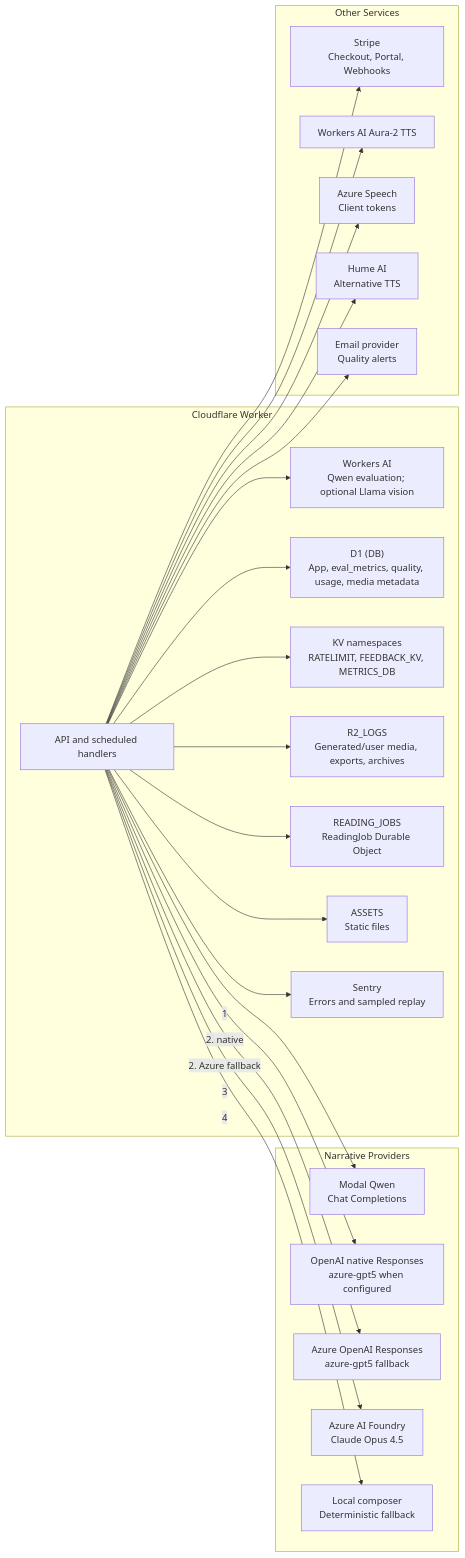
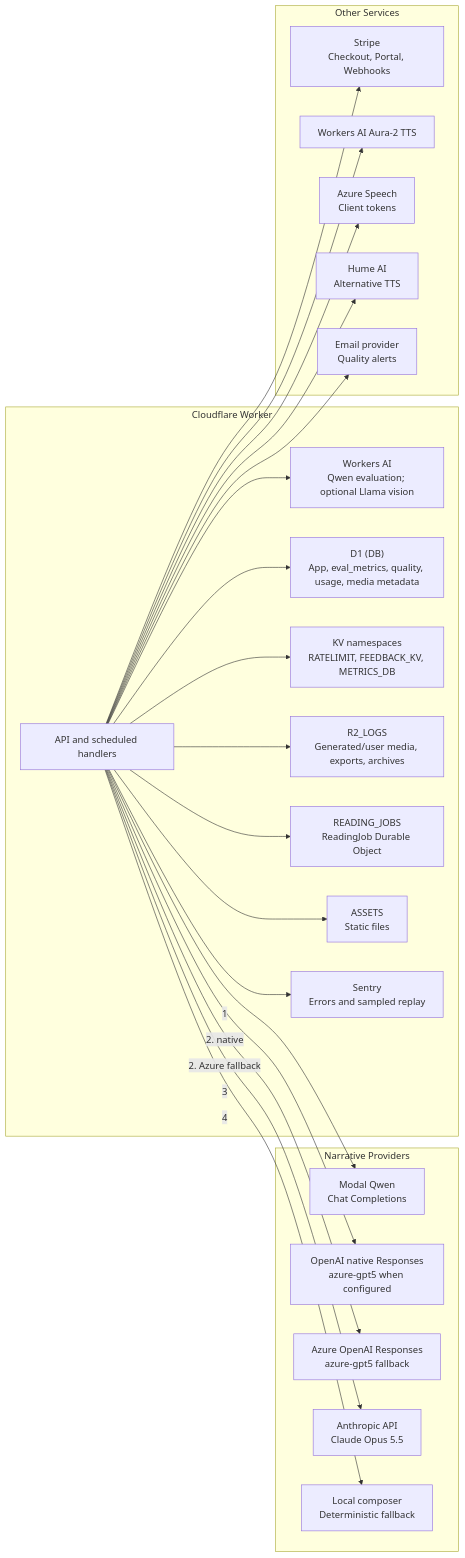
One commit to henryperkins/tarot changed diagram 16 of 17 in docs/architecture/full-system-diagrams.md. Above: the diagram before and after it, drawn with Mermaid. The commit also changed other lines of this file and 34 other files, not shown here.

First line of the commit message:
feat: serve readings and text from Claude Opus 5.5 through the Anthropic API

````diff
--- a/docs/architecture/full-system-diagrams.md
+++ b/docs/architecture/full-system-diagrams.md
@@ -737,47 +737,47 @@
 ```mermaid
 graph LR
     subgraph NarrativeProviders["Narrative Providers"]
         Modal["Modal Qwen<br/>Chat Completions"]
         OpenAI["OpenAI native Responses<br/>azure-gpt5 when configured"]
         Azure["Azure OpenAI Responses<br/>azure-gpt5 fallback"]
-        Claude["Azure AI Foundry<br/>Claude Opus 4.5"]
+        Claude["Anthropic API<br/>Claude Opus 5.5"]
         Local["Local composer<br/>Deterministic fallback"]
     end
 
     subgraph Worker["Cloudflare Worker"]
         API["API and scheduled handlers"]
         AI["Workers AI<br/>Qwen evaluation; optional Llama vision"]
         D1["D1 (DB)<br/>App, eval_metrics, quality, usage, media metadata"]
         KV["KV namespaces<br/>RATELIMIT, FEEDBACK_KV, METRICS_DB"]
         R2["R2_LOGS<br/>Generated/user media, exports, archives"]
         DO["READING_JOBS<br/>ReadingJob Durable Object"]
         Assets["ASSETS<br/>Static files"]
         Sentry["Sentry<br/>Errors and sampled replay"]
     end
 
     subgraph OtherServices["Other Services"]
         Stripe["Stripe<br/>Checkout, Portal, Webhooks"]
         AuraTTS["Workers AI Aura-2 TTS"]
         AzureSpeech["Azure Speech<br/>Client tokens"]
         Hume["Hume AI<br/>Alternative TTS"]
         Email["Email provider<br/>Quality alerts"]
     end
 
     API -->|1| Modal
     API -->|2. native| OpenAI
     API -->|2. Azure fallback| Azure
     API -->|3| Claude
     API -->|4| Local
     API --> AI
     API --> D1
     API --> KV
     API --> R2
     API --> DO
     API --> Assets
     API --> Sentry
     API --> Stripe
     API --> AuraTTS
     API --> AzureSpeech
     API --> Hume
     API --> Email
 ```
````
